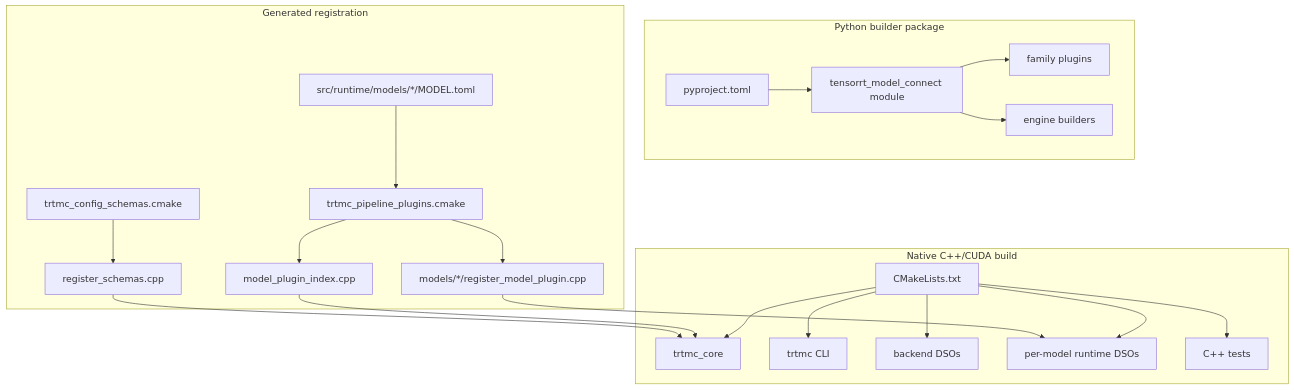
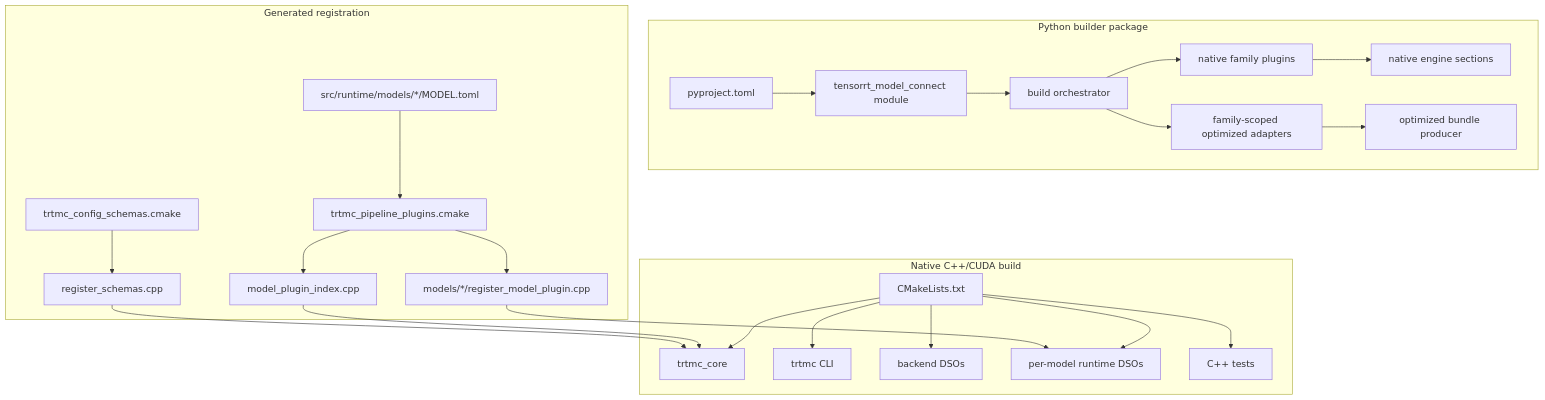
The first of 3 diagrams in website/docs/architecture/build-system.md (NVIDIA/TensorRT-Model-Connect), drawn with Mermaid before and after one commit. The commit also changed other lines of this file and 76 other files, not shown here.

````diff
--- a/website/docs/architecture/build-system.md
+++ b/website/docs/architecture/build-system.md
@@ -7,27 +7,30 @@
 ```mermaid
 flowchart TB
   subgraph Native["Native C++/CUDA build"]
     CMake["CMakeLists.txt"] --> Core["trtmc_core"]
     CMake --> CLI["trtmc CLI"]
     CMake --> Backends["backend DSOs"]
     CMake --> Models["per-model runtime DSOs"]
     CMake --> Tests["C++ tests"]
   end
 
   subgraph Python["Python builder package"]
     PyProj["pyproject.toml"] --> BuilderModule["tensorrt_model_connect module"]
-    BuilderModule --> Families["family plugins"]
-    BuilderModule --> Engines["engine builders"]
+    BuilderModule --> Router["build orchestrator"]
+    Router --> Families["native family plugins"]
+    Router --> Providers["family-scoped optimized adapters"]
+    Families --> Engines["native engine sections"]
+    Providers --> Optimized["optimized bundle producer"]
   end
 
   subgraph Generated["Generated registration"]
     ModelManifests["src/runtime/models/*/MODEL.toml"] --> PluginCMake["trtmc_pipeline_plugins.cmake"]
     PluginCMake --> ModelIndex["model_plugin_index.cpp"]
     PluginCMake --> ModelRegistrars["models/*/register_model_plugin.cpp"]
     ManifestSchemas["trtmc_config_schemas.cmake"] --> RegSchemas["register_schemas.cpp"]
   end
 
   ModelIndex --> Core
   ModelRegistrars --> Models
   RegSchemas --> Core
 ```
````
